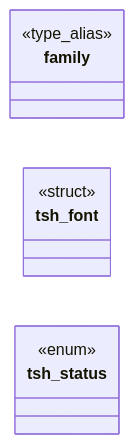
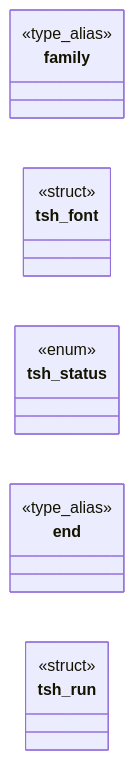
One commit to grisuno/FreeDom changed the first of 2 diagrams in readmenator-apidocs/modules/include.text_shape.h.md. Above: the diagram before and after it, drawn with Mermaid. The commit also changed other lines of this file and 259 other files, not shown here.

````diff
--- a/readmenator-apidocs/modules/include.text_shape.h.md
+++ b/readmenator-apidocs/modules/include.text_shape.h.md
@@ -15,10 +15,14 @@
 ```mermaid
 classDiagram
     direction LR
     class family
     <<type_alias>> family
     class tsh_font
     <<struct>> tsh_font
     class tsh_status
     <<enum>> tsh_status
+    class end
+    <<type_alias>> end
+    class tsh_run
+    <<struct>> tsh_run
 ```
````
